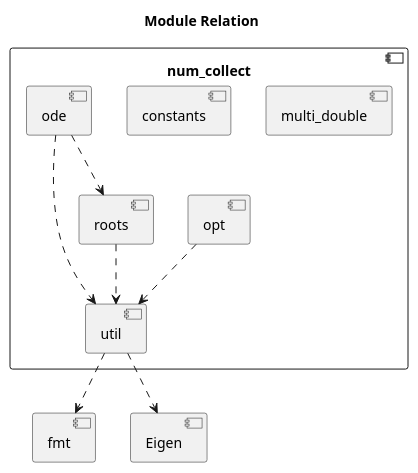
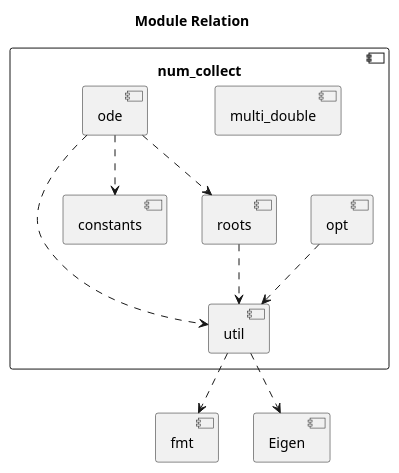
Before and after one commit to MusicScience37/numerical-collection-cpp: the diagram in doc/sphinx/src/modules.rst, drawn with PlantUML.

Commit message:
doc: update module relation

```diff
--- a/doc/sphinx/src/modules.rst
+++ b/doc/sphinx/src/modules.rst
@@ -4,26 +4,27 @@
 .. uml::
 
     title Module Relation
 
     component fmt
     component Eigen
 
     component num_collect {
         component util
         util ..> fmt
         util ..> Eigen
 
         component opt
         opt ..> util
 
         component multi_double
 
         component constants
 
         component roots
         roots ..> util
 
         component ode
         ode ..> util
+        ode ..> constants
         ode ..> roots
     }
```
